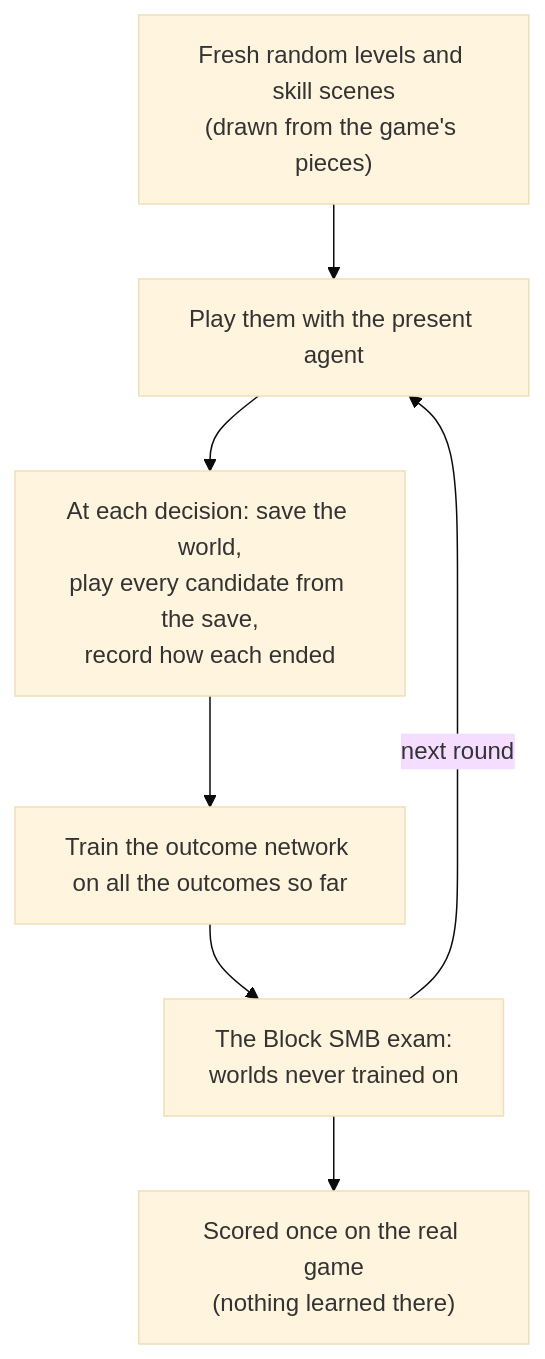
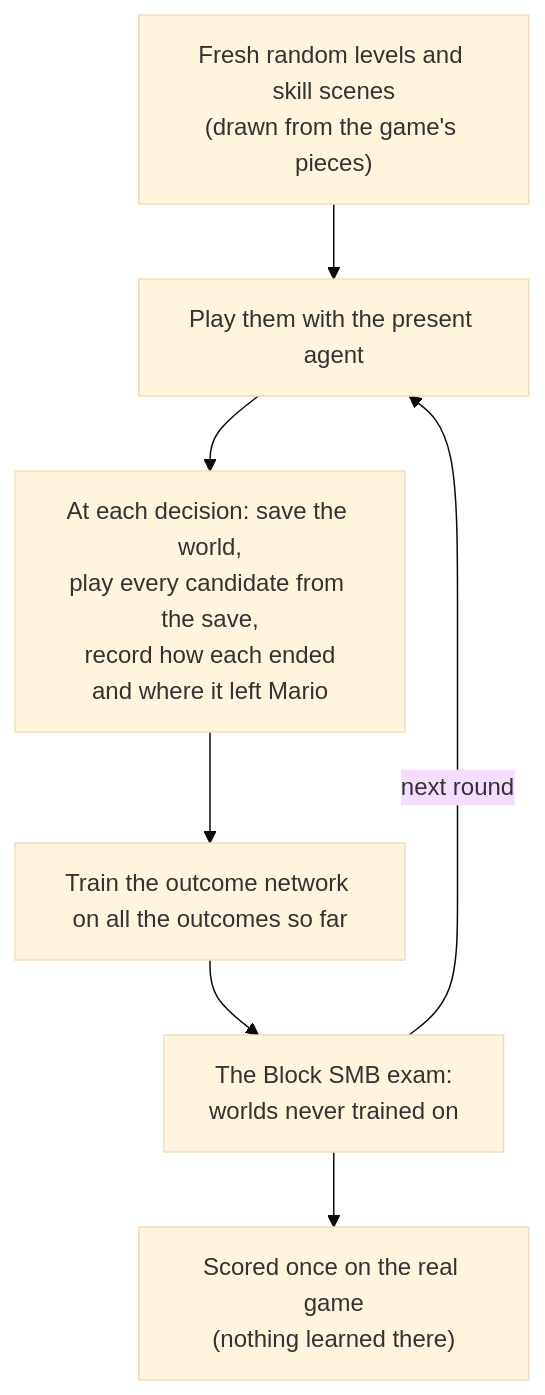
The fourth of 5 diagrams in README.md (salsicha/RetroAGI), drawn with Mermaid (base theme) before and after one commit. The commit also changed other lines of this file and 8 other files, not shown here.

````diff
--- a/README.md
+++ b/README.md
@@ -117,9 +129,9 @@
 ```mermaid
 flowchart TD
     A["Fresh random levels and skill scenes<br/>(drawn from the game's pieces)"] --> B[Play them with the present agent]
-    B --> C["At each decision: save the world,<br/>play every candidate from the save,<br/>record how each ended"]
+    B --> C["At each decision: save the world,<br/>play every candidate from the save,<br/>record how each ended<br/>and where it left Mario"]
     C --> D[Train the outcome network on all the outcomes so far]
     D --> E["The Block SMB exam:<br/>worlds never trained on"]
     E -- next round --> B
     E --> F["Scored once on the real game<br/>(nothing learned there)"]
 ```
````
